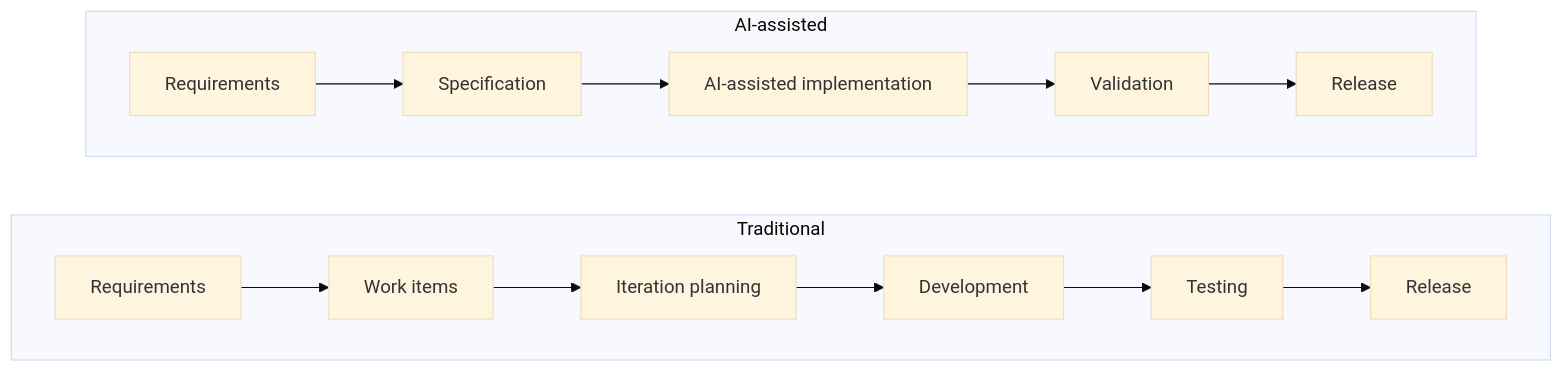
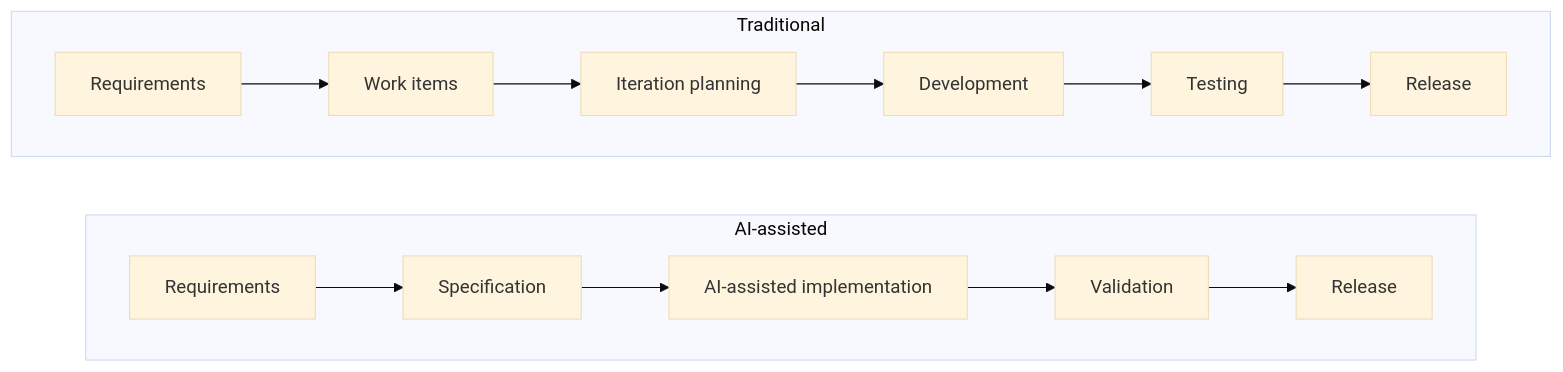
Before and after one commit to nishant-tamilselvan/enterprise-ai-framework: the diagram in docs/delivery/overview.md, drawn with Mermaid (base theme). The commit also changed 8 other files, not shown here.

First line of the commit message:
feat: zoomable Mermaid diagrams and link-check retries (#9)

````diff
--- a/docs/delivery/overview.md
+++ b/docs/delivery/overview.md
@@ -49,11 +49,12 @@
 ```mermaid
-flowchart LR
+flowchart TB
     subgraph T["Traditional"]
         direction LR
         T1[Requirements] --> T2[Work items] --> T3[Iteration planning] --> T4[Development] --> T5[Testing] --> T6[Release]
     end
     subgraph A["AI-assisted"]
         direction LR
         A1[Requirements] --> A2[Specification] --> A3[AI-assisted implementation] --> A4[Validation] --> A5[Release]
     end
+    T ~~~ A
 ```
````
